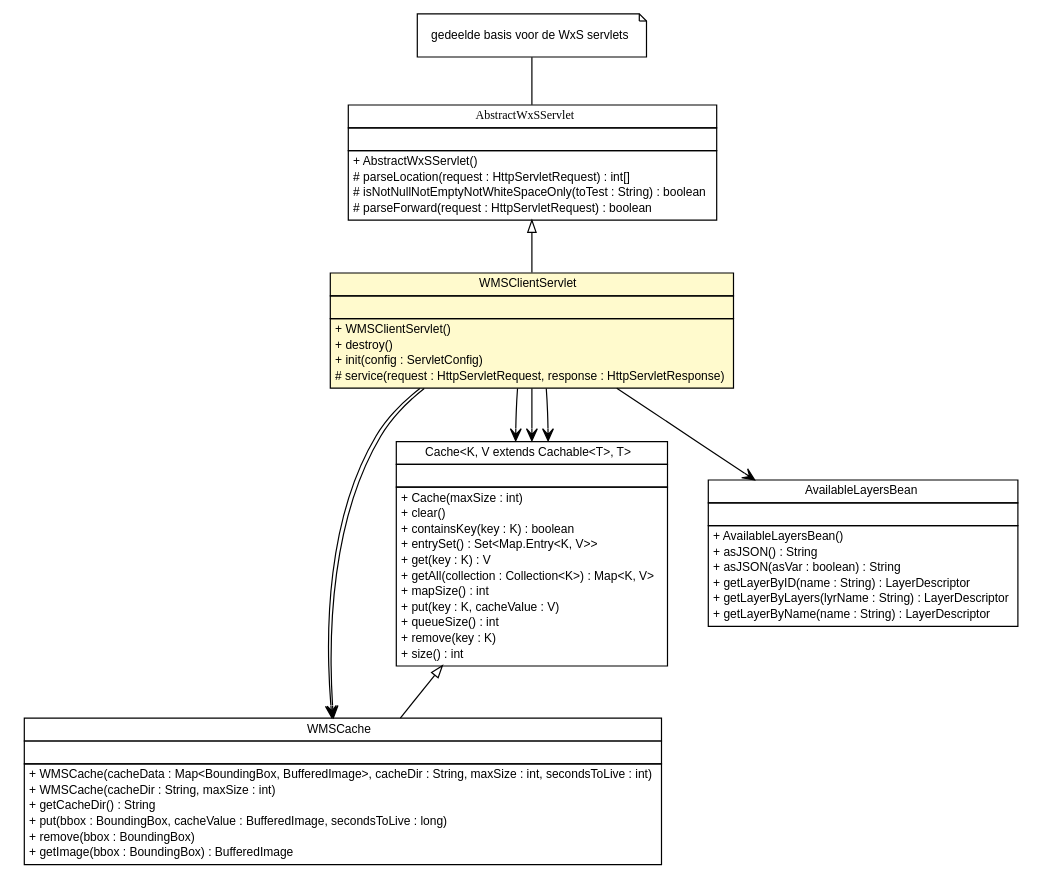
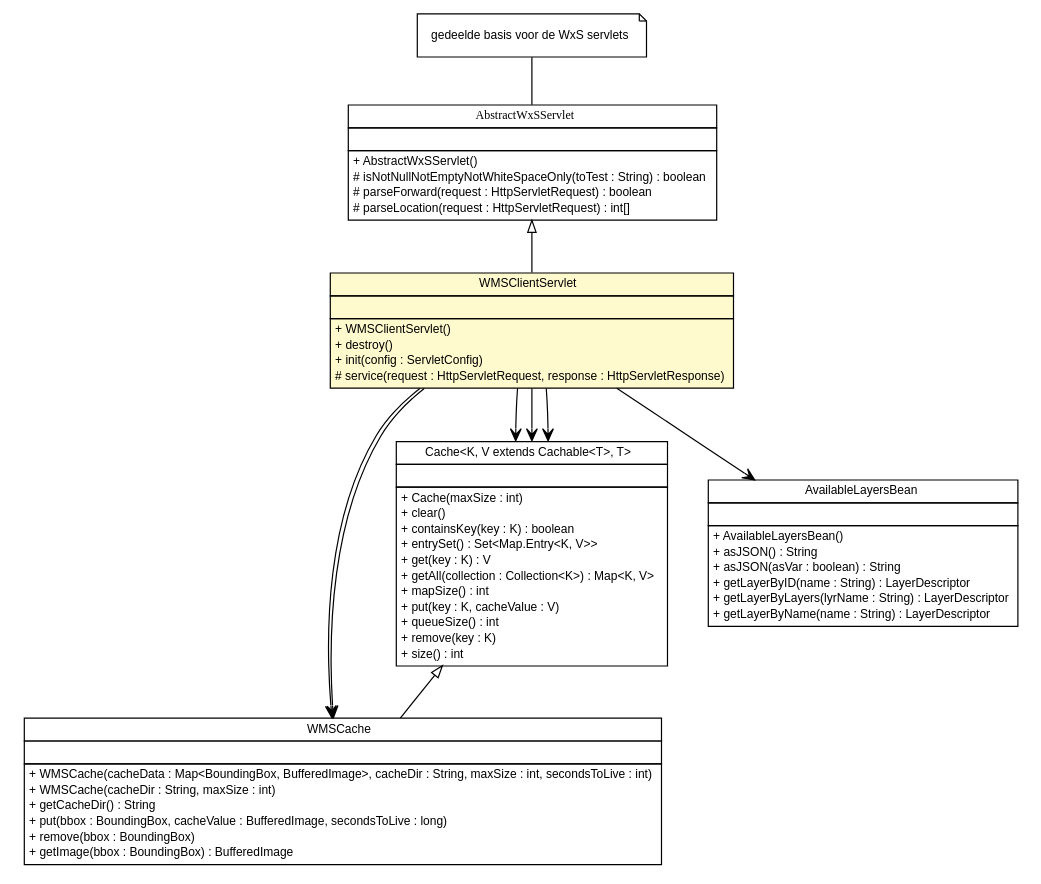
Before and after one commit to MinELenI/CBSviewer: the diagram in apidocs/nl/mineleni/cbsviewer/servlet/wms/WMSClientServlet.dot, drawn with Graphviz. The commit also changed other lines of this file and 493 other files, not shown here.

```diff
--- a/apidocs/nl/mineleni/cbsviewer/servlet/wms/WMSClientServlet.dot
+++ b/apidocs/nl/mineleni/cbsviewer/servlet/wms/WMSClientServlet.dot
@@ -1,121 +1,121 @@
 #!/usr/local/bin/dot
 #
 # Class diagram 
 # Generated by UMLGraph version R5_6 (http://www.umlgraph.org/)
 #
 
 digraph G {
 	edge [fontname="arial",fontsize=10,labelfontname="arial",labelfontsize=10];
 	node [fontname="arial",fontsize=10,shape=plaintext];
 	nodesep=0.25;
 	ranksep=0.5;
 	// nl.mineleni.cbsviewer.servlet.AbstractWxSServlet
 	c5739 [label=<<table title="nl.mineleni.cbsviewer.servlet.AbstractWxSServlet" border="0" cellborder="1" cellspacing="0" cellpadding="2" port="p" href="../AbstractWxSServlet.html">
 		<tr><td><table border="0" cellspacing="0" cellpadding="1">
 <tr><td align="center" balign="center"><font face="arial italic"> AbstractWxSServlet </font></td></tr>
 		</table></td></tr>
 		<tr><td><table border="0" cellspacing="0" cellpadding="1">
 <tr><td align="left" balign="left">  </td></tr>
 		</table></td></tr>
 		<tr><td><table border="0" cellspacing="0" cellpadding="1">
 <tr><td align="left" balign="left"> + AbstractWxSServlet() </td></tr>
-<tr><td align="left" balign="left"> # parseLocation(request : HttpServletRequest) : int[] </td></tr>
 <tr><td align="left" balign="left"> # isNotNullNotEmptyNotWhiteSpaceOnly(toTest : String) : boolean </td></tr>
 <tr><td align="left" balign="left"> # parseForward(request : HttpServletRequest) : boolean </td></tr>
+<tr><td align="left" balign="left"> # parseLocation(request : HttpServletRequest) : int[] </td></tr>
 		</table></td></tr>
 		</table>>, URL="../AbstractWxSServlet.html", fontname="arial", fontcolor="black", fontsize=10.0];
 	// Note annotation
 	n0cc5739 [label=<<table title="nl.mineleni.cbsviewer.servlet.AbstractWxSServlet" border="0" cellborder="0" cellspacing="0" cellpadding="2" port="p" href="../AbstractWxSServlet.html">
 		<tr><td><table border="0" cellspacing="0" cellpadding="1">
 <tr><td align="left" balign="left"> gedeelde basis voor de WxS servlets </td></tr>
 		</table></td></tr>
 		</table>>, fontname="arial", fontcolor="black", fontsize=10.0, shape=note];
 	n0cc5739 -> c5739:p[arrowhead=none];
 	// nl.mineleni.cbsviewer.servlet.wms.WMSClientServlet
 	c5745 [label=<<table title="nl.mineleni.cbsviewer.servlet.wms.WMSClientServlet" border="0" cellborder="1" cellspacing="0" cellpadding="2" port="p" bgcolor="lemonChiffon" href="./WMSClientServlet.html">
 		<tr><td><table border="0" cellspacing="0" cellpadding="1">
 <tr><td align="center" balign="center"> WMSClientServlet </td></tr>
 		</table></td></tr>
 		<tr><td><table border="0" cellspacing="0" cellpadding="1">
 <tr><td align="left" balign="left">  </td></tr>
 		</table></td></tr>
 		<tr><td><table border="0" cellspacing="0" cellpadding="1">
 <tr><td align="left" balign="left"> + WMSClientServlet() </td></tr>
 <tr><td align="left" balign="left"> + destroy() </td></tr>
 <tr><td align="left" balign="left"> + init(config : ServletConfig) </td></tr>
 <tr><td align="left" balign="left"> # service(request : HttpServletRequest, response : HttpServletResponse) </td></tr>
 		</table></td></tr>
 		</table>>, URL="./WMSClientServlet.html", fontname="arial", fontcolor="black", fontsize=10.0];
 	// nl.mineleni.cbsviewer.servlet.wms.cache.WMSCache
 	c5749 [label=<<table title="nl.mineleni.cbsviewer.servlet.wms.cache.WMSCache" border="0" cellborder="1" cellspacing="0" cellpadding="2" port="p" href="./cache/WMSCache.html">
 		<tr><td><table border="0" cellspacing="0" cellpadding="1">
 <tr><td align="center" balign="center"> WMSCache </td></tr>
 		</table></td></tr>
 		<tr><td><table border="0" cellspacing="0" cellpadding="1">
 <tr><td align="left" balign="left">  </td></tr>
 		</table></td></tr>
 		<tr><td><table border="0" cellspacing="0" cellpadding="1">
 <tr><td align="left" balign="left"> + WMSCache(cacheData : Map&lt;BoundingBox, BufferedImage&gt;, cacheDir : String, maxSize : int, secondsToLive : int) </td></tr>
 <tr><td align="left" balign="left"> + WMSCache(cacheDir : String, maxSize : int) </td></tr>
 <tr><td align="left" balign="left"> + getCacheDir() : String </td></tr>
 <tr><td align="left" balign="left"> + put(bbox : BoundingBox, cacheValue : BufferedImage, secondsToLive : long) </td></tr>
 <tr><td align="left" balign="left"> + remove(bbox : BoundingBox) </td></tr>
 <tr><td align="left" balign="left"> + getImage(bbox : BoundingBox) : BufferedImage </td></tr>
 		</table></td></tr>
 		</table>>, URL="./cache/WMSCache.html", fontname="arial", fontcolor="black", fontsize=10.0];
 	// nl.mineleni.cbsviewer.servlet.wms.cache.Cache<K, V extends nl.mineleni.cbsviewer.servlet.wms.cache.Cachable<T>, T>
 	c5752 [label=<<table title="nl.mineleni.cbsviewer.servlet.wms.cache.Cache" border="0" cellborder="1" cellspacing="0" cellpadding="2" port="p" href="./cache/Cache.html">
 		<tr><td><table border="0" cellspacing="0" cellpadding="1">
 <tr><td align="center" balign="center"> Cache&lt;K, V extends Cachable&lt;T&gt;, T&gt; </td></tr>
 		</table></td></tr>
 		<tr><td><table border="0" cellspacing="0" cellpadding="1">
 <tr><td align="left" balign="left">  </td></tr>
 		</table></td></tr>
 		<tr><td><table border="0" cellspacing="0" cellpadding="1">
 <tr><td align="left" balign="left"> + Cache(maxSize : int) </td></tr>
 <tr><td align="left" balign="left"> + clear() </td></tr>
 <tr><td align="left" balign="left"> + containsKey(key : K) : boolean </td></tr>
 <tr><td align="left" balign="left"> + entrySet() : Set&lt;Map.Entry&lt;K, V&gt;&gt; </td></tr>
 <tr><td align="left" balign="left"> + get(key : K) : V </td></tr>
 <tr><td align="left" balign="left"> + getAll(collection : Collection&lt;K&gt;) : Map&lt;K, V&gt; </td></tr>
 <tr><td align="left" balign="left"> + mapSize() : int </td></tr>
 <tr><td align="left" balign="left"> + put(key : K, cacheValue : V) </td></tr>
 <tr><td align="left" balign="left"> + queueSize() : int </td></tr>
 <tr><td align="left" balign="left"> + remove(key : K) </td></tr>
 <tr><td align="left" balign="left"> + size() : int </td></tr>
 		</table></td></tr>
 		</table>>, URL="./cache/Cache.html", fontname="arial", fontcolor="black", fontsize=10.0];
 	// nl.mineleni.cbsviewer.util.AvailableLayersBean
 	c5762 [label=<<table title="nl.mineleni.cbsviewer.util.AvailableLayersBean" border="0" cellborder="1" cellspacing="0" cellpadding="2" port="p" href="../../util/AvailableLayersBean.html">
 		<tr><td><table border="0" cellspacing="0" cellpadding="1">
 <tr><td align="center" balign="center"> AvailableLayersBean </td></tr>
 		</table></td></tr>
 		<tr><td><table border="0" cellspacing="0" cellpadding="1">
 <tr><td align="left" balign="left">  </td></tr>
 		</table></td></tr>
 		<tr><td><table border="0" cellspacing="0" cellpadding="1">
 <tr><td align="left" balign="left"> + AvailableLayersBean() </td></tr>
 <tr><td align="left" balign="left"> + asJSON() : String </td></tr>
 <tr><td align="left" balign="left"> + asJSON(asVar : boolean) : String </td></tr>
 <tr><td align="left" balign="left"> + getLayerByID(name : String) : LayerDescriptor </td></tr>
 <tr><td align="left" balign="left"> + getLayerByLayers(lyrName : String) : LayerDescriptor </td></tr>
 <tr><td align="left" balign="left"> + getLayerByName(name : String) : LayerDescriptor </td></tr>
 		</table></td></tr>
 		</table>>, URL="../../util/AvailableLayersBean.html", fontname="arial", fontcolor="black", fontsize=10.0];
 	//nl.mineleni.cbsviewer.servlet.wms.WMSClientServlet extends nl.mineleni.cbsviewer.servlet.AbstractWxSServlet
 	c5739:p -> c5745:p [dir=back,arrowtail=empty];
 	//nl.mineleni.cbsviewer.servlet.wms.cache.WMSCache extends nl.mineleni.cbsviewer.servlet.wms.cache.Cache<org.opengis.geometry.BoundingBox, nl.mineleni.cbsviewer.servlet.wms.cache.CacheImage, java.awt.image.BufferedImage>
 	c5752:p -> c5749:p [dir=back,arrowtail=empty];
 	// nl.mineleni.cbsviewer.servlet.wms.WMSClientServlet NAVASSOC nl.mineleni.cbsviewer.servlet.wms.cache.Cache<K, V extends nl.mineleni.cbsviewer.servlet.wms.cache.Cachable<T>, T>
 	c5745:p -> c5752:p [taillabel="", label="", headlabel="", fontname="arial", fontcolor="black", fontsize=10.0, color="black", arrowhead=open];
 	// nl.mineleni.cbsviewer.servlet.wms.WMSClientServlet NAVASSOC nl.mineleni.cbsviewer.servlet.wms.cache.Cache<K, V extends nl.mineleni.cbsviewer.servlet.wms.cache.Cachable<T>, T>
 	c5745:p -> c5752:p [taillabel="", label="", headlabel="", fontname="arial", fontcolor="black", fontsize=10.0, color="black", arrowhead=open];
 	// nl.mineleni.cbsviewer.servlet.wms.WMSClientServlet NAVASSOC nl.mineleni.cbsviewer.servlet.wms.cache.Cache<K, V extends nl.mineleni.cbsviewer.servlet.wms.cache.Cachable<T>, T>
 	c5745:p -> c5752:p [taillabel="", label="", headlabel="", fontname="arial", fontcolor="black", fontsize=10.0, color="black", arrowhead=open];
 	// nl.mineleni.cbsviewer.servlet.wms.WMSClientServlet NAVASSOC nl.mineleni.cbsviewer.util.AvailableLayersBean
 	c5745:p -> c5762:p [taillabel="", label="", headlabel="", fontname="arial", fontcolor="black", fontsize=10.0, color="black", arrowhead=open];
 	// nl.mineleni.cbsviewer.servlet.wms.WMSClientServlet NAVASSOC nl.mineleni.cbsviewer.servlet.wms.cache.WMSCache
 	c5745:p -> c5749:p [taillabel="", label="", headlabel="", fontname="arial", fontcolor="black", fontsize=10.0, color="black", arrowhead=open];
 	// nl.mineleni.cbsviewer.servlet.wms.WMSClientServlet NAVASSOC nl.mineleni.cbsviewer.servlet.wms.cache.WMSCache
 	c5745:p -> c5749:p [taillabel="", label="", headlabel="", fontname="arial", fontcolor="black", fontsize=10.0, color="black", arrowhead=open];
 }
```
